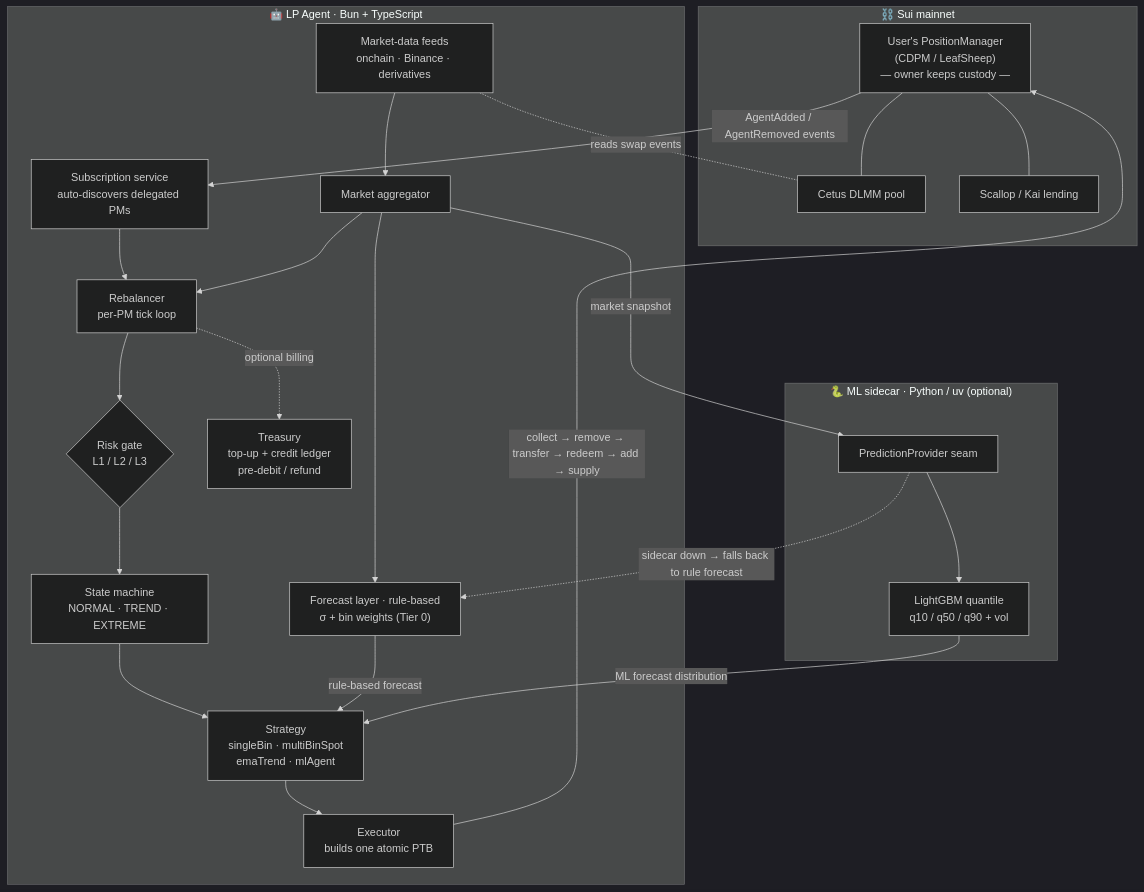
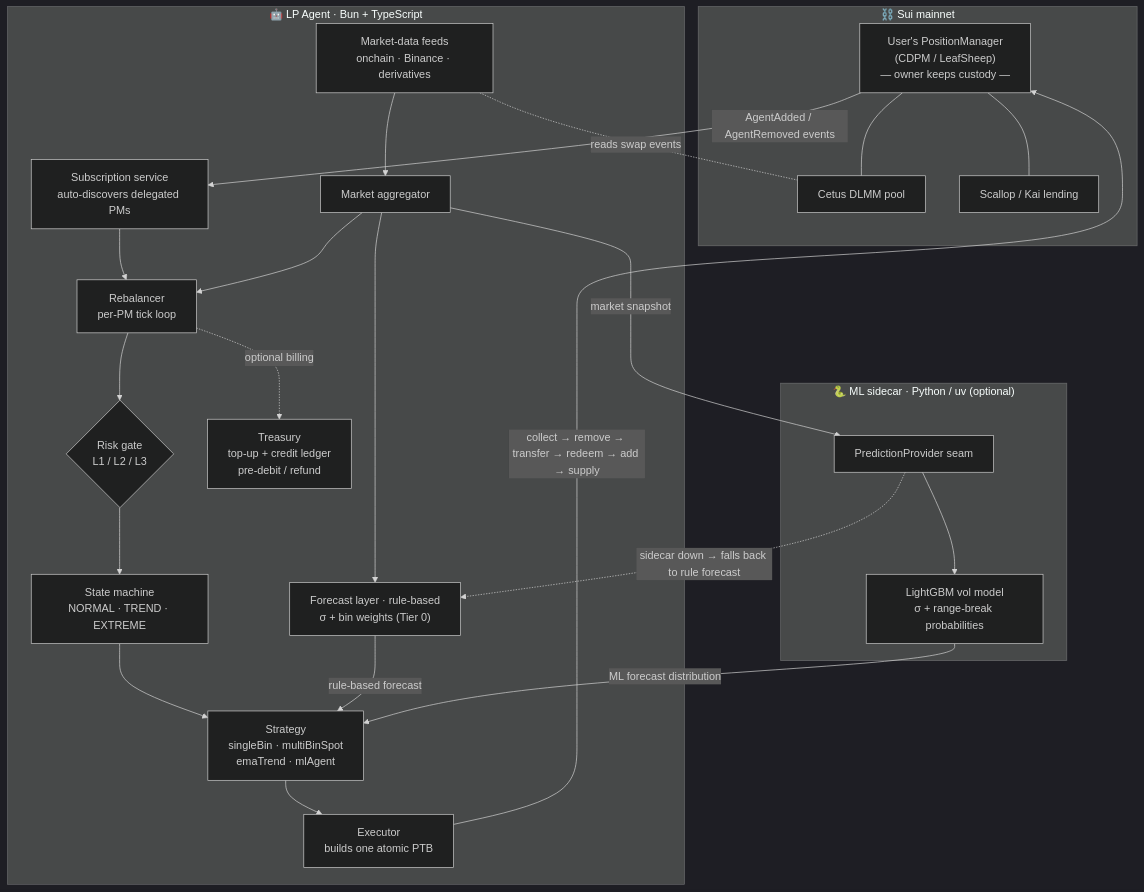
One commit to RandyPen/lp-agent changed the diagram in README.md. Above: the diagram before and after it, drawn with Mermaid (dark theme). The commit also changed other lines of this file and 38 other files, not shown here.

````diff
--- a/README.md
+++ b/README.md
@@ -32,36 +32,36 @@
 ```mermaid
 flowchart TB
     subgraph chain["⛓️ Sui mainnet"]
         PM["User's PositionManager<br/>(CDPM / LeafSheep)<br/>— owner keeps custody —"]
         POOL["Cetus DLMM pool"]
         LEND["Scallop / Kai lending"]
     end
 
     PM -- "AgentAdded / AgentRemoved events" --> SUB
 
     subgraph agent["🤖 LP Agent · Bun + TypeScript"]
         SUB["Subscription service<br/>auto-discovers delegated PMs"] --> REB["Rebalancer<br/>per-PM tick loop"]
         FEEDS["Market-data feeds<br/>onchain · Binance · derivatives"] --> AGG["Market aggregator"]
         AGG --> REB
         REB --> RISK{"Risk gate<br/>L1 / L2 / L3"}
         RISK --> STATE["State machine<br/>NORMAL · TREND · EXTREME"]
         STATE --> STRAT["Strategy<br/>singleBin · multiBinSpot<br/>emaTrend · mlAgent"]
         AGG --> FC["Forecast layer · rule-based<br/>σ + bin weights (Tier 0)"]
         FC -- "rule-based forecast" --> STRAT
         STRAT --> EXEC["Executor<br/>builds one atomic PTB"]
         REB -. "optional billing" .-> TRE["Treasury<br/>top-up + credit ledger<br/>pre-debit / refund"]
     end
 
     subgraph ml["🐍 ML sidecar · Python / uv (optional)"]
-        PRED["PredictionProvider seam"] --> LGBM["LightGBM quantile<br/>q10 / q50 / q90 + vol"]
+        PRED["PredictionProvider seam"] --> LGBM["LightGBM vol model<br/>σ + range-break probabilities"]
     end
 
     AGG -- "market snapshot" --> PRED
     LGBM -- "ML forecast distribution" --> STRAT
     PRED -. "sidecar down → falls back to rule forecast" .-> FC
 
     EXEC -- "collect → remove → transfer → redeem → add → supply" --> PM
     PM --- POOL
     PM --- LEND
     FEEDS -. "reads swap events" .- POOL
 ```
````
